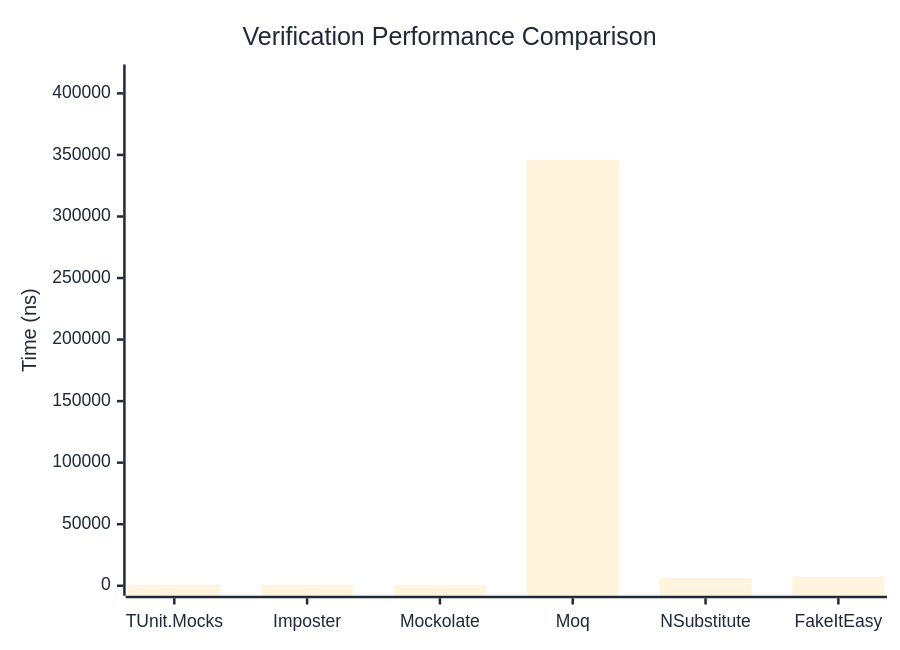
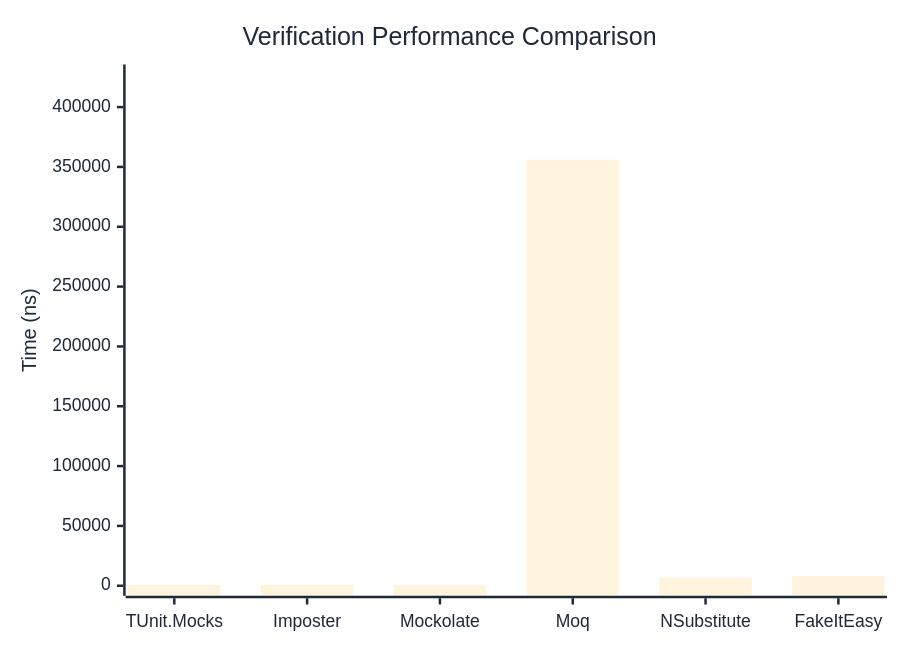
One commit to thomhurst/TUnit changed the first of 3 diagrams in docs/docs/benchmarks/mocks/Verification.md. Above: the diagram before and after it, drawn with Mermaid. The commit also changed other lines of this file and 14 other files, not shown here.

````diff
--- a/docs/docs/benchmarks/mocks/Verification.md
+++ b/docs/docs/benchmarks/mocks/Verification.md
@@ -30,27 +30,27 @@
 ```mermaid
 %%{init: {
   'theme':'base',
   'themeVariables': {
     'primaryColor': '#2563eb',
     'primaryTextColor': '#1f2937',
     'primaryBorderColor': '#1e40af',
     'lineColor': '#6b7280',
     'secondaryColor': '#7c3aed',
     'tertiaryColor': '#dc2626',
     'background': '#ffffff',
     'pie1': '#2563eb',
     'pie2': '#7c3aed',
     'pie3': '#dc2626',
     'pie4': '#f59e0b',
     'pie5': '#10b981',
     'pie6': '#06b6d4',
     'pie7': '#ec4899',
     'pie8': '#6366f1'
   }
 }}%%
 xychart-beta
   title "Verification Performance Comparison"
   x-axis ["TUnit.Mocks", "Imposter", "Mockolate", "Moq", "NSubstitute", "FakeItEasy"]
-  y-axis "Time (ns)" 0 --> 415350
-  bar [698.42, 693.15, 405.16, 346124.34, 6185.63, 7413.16]
+  y-axis "Time (ns)" 0 --> 427251
+  bar [736.15, 761.17, 438.75, 356042.34, 6646.23, 7981.79]
 ```
````
